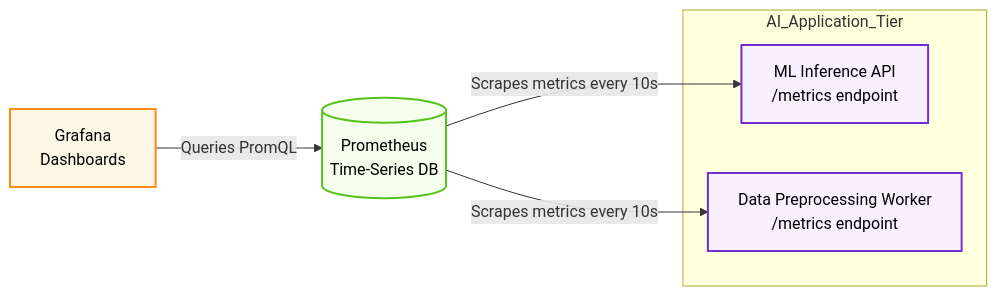
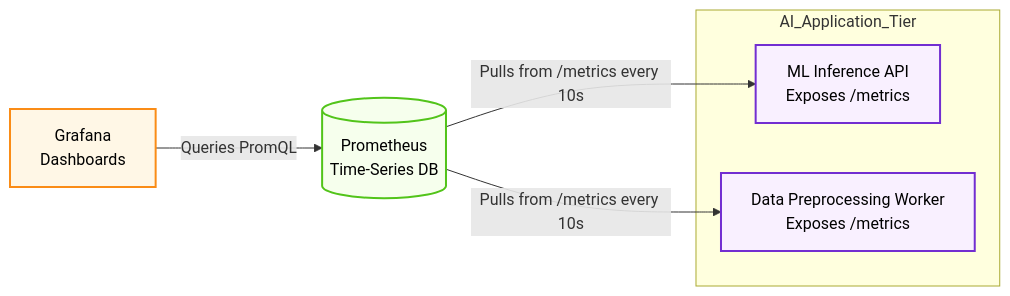
One commit to ga-curriculum/observability-and-log-management changed the diagram in README.md. Above: the diagram before and after it, drawn with Mermaid. The commit also changed other lines of this file and 1 other file, not shown here.

`````diff
--- a/README.md
+++ b/README.md
@@ -75,21 +72,21 @@
 ```mermaid
 graph LR
     %% Define styles
     classDef ai fill:#f9f0ff,stroke:#722ed1,stroke-width:2px,color:#000;
     classDef prom fill:#f6ffed,stroke:#52c41a,stroke-width:2px,color:#000;
     classDef graf fill:#fff7e6,stroke:#fa8c16,stroke-width:2px,color:#000;
 
     subgraph AI_Application_Tier
-        API[ML Inference API<br/>/metrics endpoint]:::ai
-        DataPrep[Data Preprocessing Worker<br/>/metrics endpoint]:::ai
+        API[ML Inference API<br/>Exposes /metrics]:::ai
+        DataPrep[Data Preprocessing Worker<br/>Exposes /metrics]:::ai
     end
 
     Prometheus[(Prometheus<br/>Time-Series DB)]:::prom
     Grafana[Grafana<br/>Dashboards]:::graf
 
     %% Connections
-    Prometheus -->|Scrapes metrics every 10s| API
-    Prometheus -->|Scrapes metrics every 10s| DataPrep
+    Prometheus -->|Pulls from /metrics every 10s| API
+    Prometheus -->|Pulls from /metrics every 10s| DataPrep
     Grafana -->|Queries PromQL| Prometheus
 
-```
+````
`````
